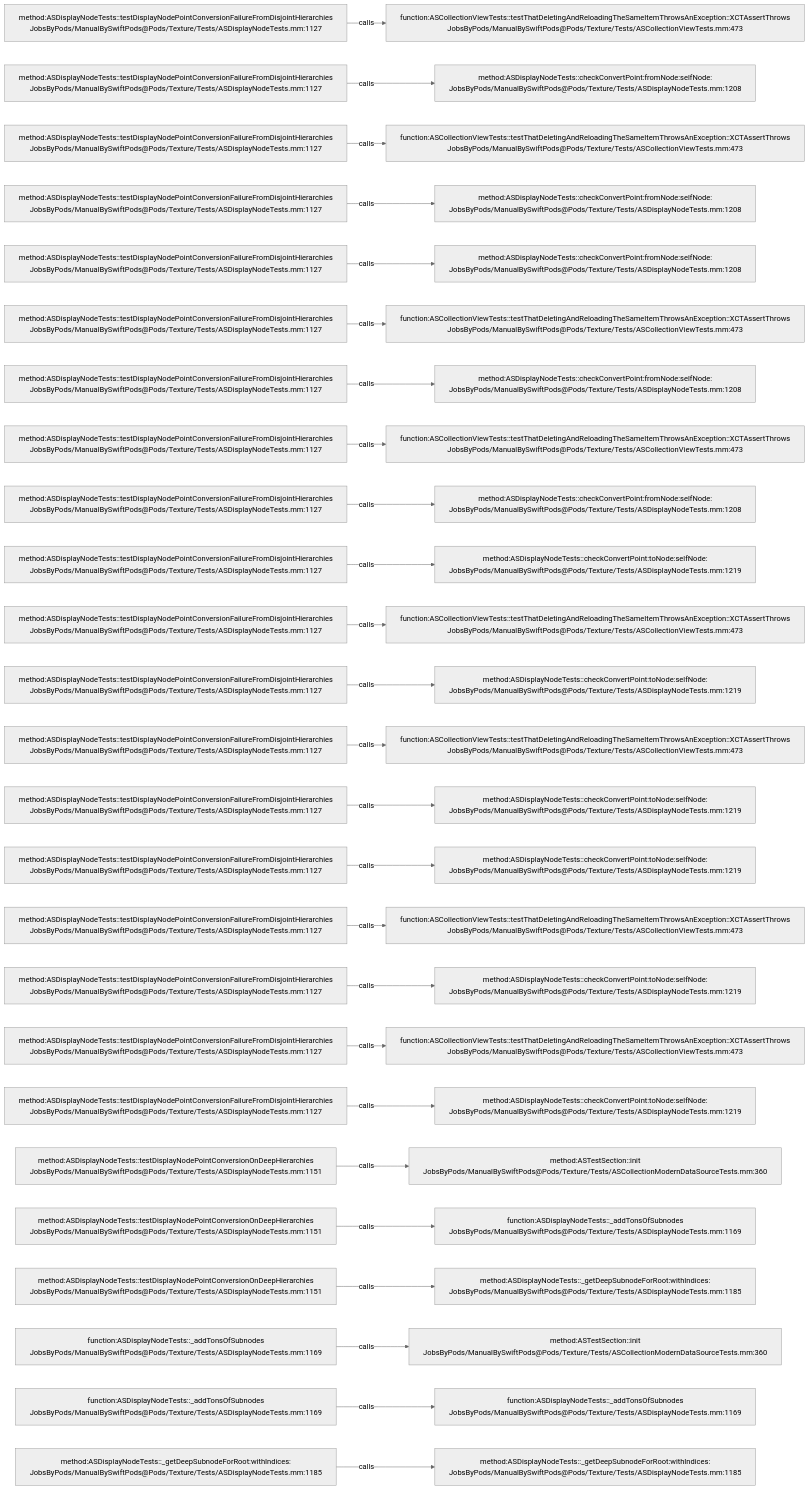
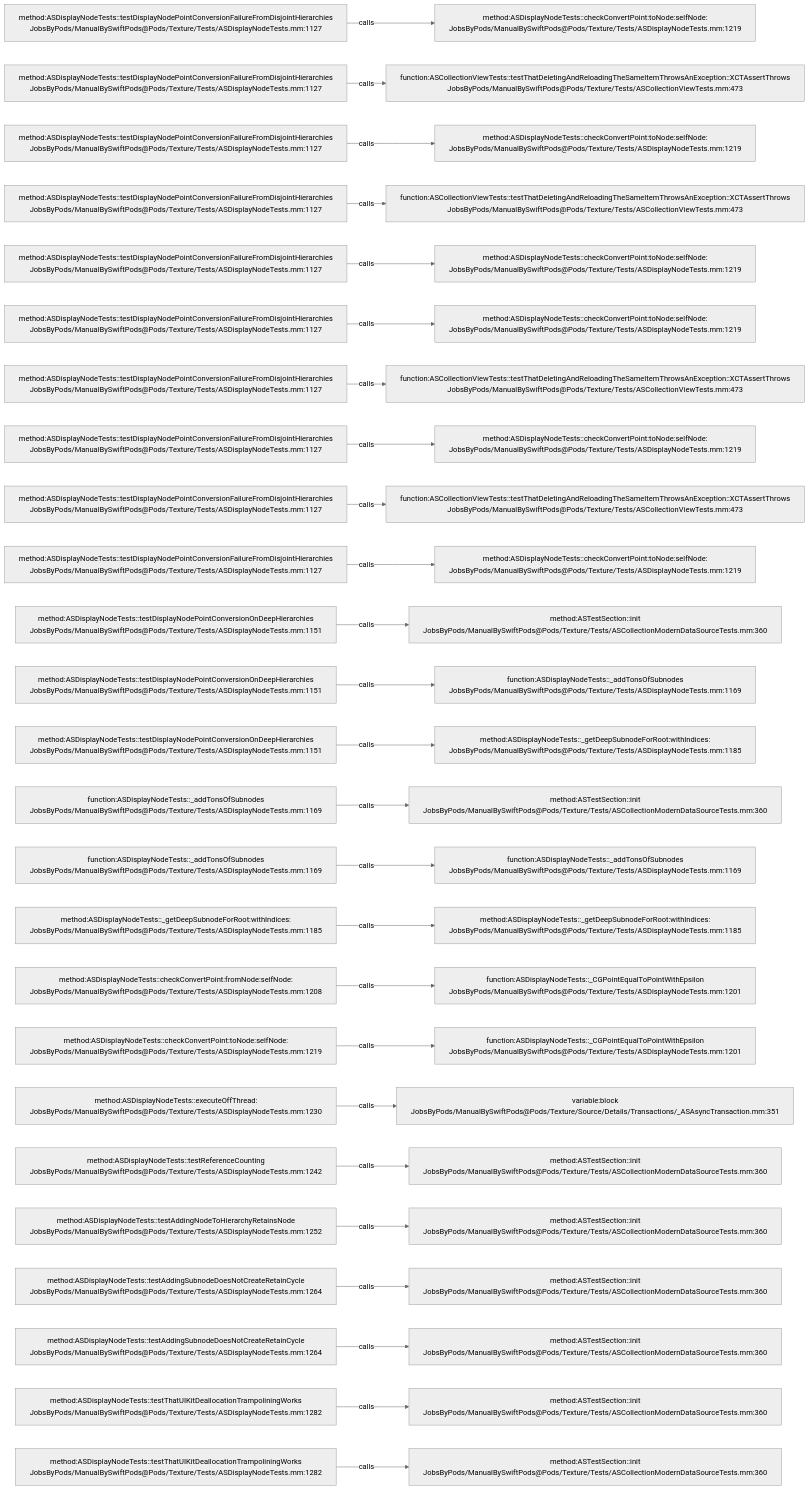
One commit to JobsKits/JobsSwiftBaseConfigDemo changed the diagram in .codegraph/codegraph.md/graphs/calls-191.md. Above: the diagram before and after it, drawn with Mermaid (neutral theme). The commit also changed 707 other files, not shown here.

````diff
--- a/.codegraph/codegraph.md/graphs/calls-191.md
+++ b/.codegraph/codegraph.md/graphs/calls-191.md
@@ -13,78 +13,78 @@
 ```mermaid
 flowchart LR
   S1["method:ASDisplayNodeTests::testDisplayNodePointConversionFailureFromDisjointHierarchies<br/>JobsByPods/ManualBySwiftPods@Pods/Texture/Tests/ASDisplayNodeTests.mm:1127"]
-  T1["function:ASCollectionViewTests::testThatDeletingAndReloadingTheSameItemThrowsAnException::XCTAssertThrows<br/>JobsByPods/ManualBySwiftPods@Pods/Texture/Tests/ASCollectionViewTests.mm:473"]
+  T1["method:ASDisplayNodeTests::checkConvertPoint:toNode:selfNode:<br/>JobsByPods/ManualBySwiftPods@Pods/Texture/Tests/ASDisplayNodeTests.mm:1219"]
   S1 -->|calls| T1
   S2["method:ASDisplayNodeTests::testDisplayNodePointConversionFailureFromDisjointHierarchies<br/>JobsByPods/ManualBySwiftPods@Pods/Texture/Tests/ASDisplayNodeTests.mm:1127"]
-  T2["method:ASDisplayNodeTests::checkConvertPoint:fromNode:selfNode:<br/>JobsByPods/ManualBySwiftPods@Pods/Texture/Tests/ASDisplayNodeTests.mm:1208"]
+  T2["function:ASCollectionViewTests::testThatDeletingAndReloadingTheSameItemThrowsAnException::XCTAssertThrows<br/>JobsByPods/ManualBySwiftPods@Pods/Texture/Tests/ASCollectionViewTests.mm:473"]
   S2 -->|calls| T2
   S3["method:ASDisplayNodeTests::testDisplayNodePointConversionFailureFromDisjointHierarchies<br/>JobsByPods/ManualBySwiftPods@Pods/Texture/Tests/ASDisplayNodeTests.mm:1127"]
-  T3["function:ASCollectionViewTests::testThatDeletingAndReloadingTheSameItemThrowsAnException::XCTAssertThrows<br/>JobsByPods/ManualBySwiftPods@Pods/Texture/Tests/ASCollectionViewTests.mm:473"]
+  T3["method:ASDisplayNodeTests::checkConvertPoint:toNode:selfNode:<br/>JobsByPods/ManualBySwiftPods@Pods/Texture/Tests/ASDisplayNodeTests.mm:1219"]
   S3 -->|calls| T3
   S4["method:ASDisplayNodeTests::testDisplayNodePointConversionFailureFromDisjointHierarchies<br/>JobsByPods/ManualBySwiftPods@Pods/Texture/Tests/ASDisplayNodeTests.mm:1127"]
-  T4["method:ASDisplayNodeTests::checkConvertPoint:fromNode:selfNode:<br/>JobsByPods/ManualBySwiftPods@Pods/Texture/Tests/ASDisplayNodeTests.mm:1208"]
+  T4["function:ASCollectionViewTests::testThatDeletingAndReloadingTheSameItemThrowsAnException::XCTAssertThrows<br/>JobsByPods/ManualBySwiftPods@Pods/Texture/Tests/ASCollectionViewTests.mm:473"]
   S4 -->|calls| T4
   S5["method:ASDisplayNodeTests::testDisplayNodePointConversionFailureFromDisjointHierarchies<br/>JobsByPods/ManualBySwiftPods@Pods/Texture/Tests/ASDisplayNodeTests.mm:1127"]
-  T5["method:ASDisplayNodeTests::checkConvertPoint:fromNode:selfNode:<br/>JobsByPods/ManualBySwiftPods@Pods/Texture/Tests/ASDisplayNodeTests.mm:1208"]
+  T5["method:ASDisplayNodeTests::checkConvertPoint:toNode:selfNode:<br/>JobsByPods/ManualBySwiftPods@Pods/Texture/Tests/ASDisplayNodeTests.mm:1219"]
   S5 -->|calls| T5
   S6["method:ASDisplayNodeTests::testDisplayNodePointConversionFailureFromDisjointHierarchies<br/>JobsByPods/ManualBySwiftPods@Pods/Texture/Tests/ASDisplayNodeTests.mm:1127"]
-  T6["function:ASCollectionViewTests::testThatDeletingAndReloadingTheSameItemThrowsAnException::XCTAssertThrows<br/>JobsByPods/ManualBySwiftPods@Pods/Texture/Tests/ASCollectionViewTests.mm:473"]
+  T6["method:ASDisplayNodeTests::checkConvertPoint:toNode:selfNode:<br/>JobsByPods/ManualBySwiftPods@Pods/Texture/Tests/ASDisplayNodeTests.mm:1219"]
   S6 -->|calls| T6
   S7["method:ASDisplayNodeTests::testDisplayNodePointConversionFailureFromDisjointHierarchies<br/>JobsByPods/ManualBySwiftPods@Pods/Texture/Tests/ASDisplayNodeTests.mm:1127"]
-  T7["method:ASDisplayNodeTests::checkConvertPoint:fromNode:selfNode:<br/>JobsByPods/ManualBySwiftPods@Pods/Texture/Tests/ASDisplayNodeTests.mm:1208"]
+  T7["function:ASCollectionViewTests::testThatDeletingAndReloadingTheSameItemThrowsAnException::XCTAssertThrows<br/>JobsByPods/ManualBySwiftPods@Pods/Texture/Tests/ASCollectionViewTests.mm:473"]
   S7 -->|calls| T7
   S8["method:ASDisplayNodeTests::testDisplayNodePointConversionFailureFromDisjointHierarchies<br/>JobsByPods/ManualBySwiftPods@Pods/Texture/Tests/ASDisplayNodeTests.mm:1127"]
-  T8["function:ASCollectionViewTests::testThatDeletingAndReloadingTheSameItemThrowsAnException::XCTAssertThrows<br/>JobsByPods/ManualBySwiftPods@Pods/Texture/Tests/ASCollectionViewTests.mm:473"]
+  T8["method:ASDisplayNodeTests::checkConvertPoint:toNode:selfNode:<br/>JobsByPods/ManualBySwiftPods@Pods/Texture/Tests/ASDisplayNodeTests.mm:1219"]
   S8 -->|calls| T8
   S9["method:ASDisplayNodeTests::testDisplayNodePointConversionFailureFromDisjointHierarchies<br/>JobsByPods/ManualBySwiftPods@Pods/Texture/Tests/ASDisplayNodeTests.mm:1127"]
-  T9["method:ASDisplayNodeTests::checkConvertPoint:fromNode:selfNode:<br/>JobsByPods/ManualBySwiftPods@Pods/Texture/Tests/ASDisplayNodeTests.mm:1208"]
+  T9["function:ASCollectionViewTests::testThatDeletingAndReloadingTheSameItemThrowsAnException::XCTAssertThrows<br/>JobsByPods/ManualBySwiftPods@Pods/Texture/Tests/ASCollectionViewTests.mm:473"]
   S9 -->|calls| T9
   S10["method:ASDisplayNodeTests::testDisplayNodePointConversionFailureFromDisjointHierarchies<br/>JobsByPods/ManualBySwiftPods@Pods/Texture/Tests/ASDisplayNodeTests.mm:1127"]
   T10["method:ASDisplayNodeTests::checkConvertPoint:toNode:selfNode:<br/>JobsByPods/ManualBySwiftPods@Pods/Texture/Tests/ASDisplayNodeTests.mm:1219"]
   S10 -->|calls| T10
-  S11["method:ASDisplayNodeTests::testDisplayNodePointConversionFailureFromDisjointHierarchies<br/>JobsByPods/ManualBySwiftPods@Pods/Texture/Tests/ASDisplayNodeTests.mm:1127"]
-  T11["function:ASCollectionViewTests::testThatDeletingAndReloadingTheSameItemThrowsAnException::XCTAssertThrows<br/>JobsByPods/ManualBySwiftPods@Pods/Texture/Tests/ASCollectionViewTests.mm:473"]
+  S11["method:ASDisplayNodeTests::testDisplayNodePointConversionOnDeepHierarchies<br/>JobsByPods/ManualBySwiftPods@Pods/Texture/Tests/ASDisplayNodeTests.mm:1151"]
+  T11["method:ASTestSection::init<br/>JobsByPods/ManualBySwiftPods@Pods/Texture/Tests/ASCollectionModernDataSourceTests.mm:360"]
   S11 -->|calls| T11
-  S12["method:ASDisplayNodeTests::testDisplayNodePointConversionFailureFromDisjointHierarchies<br/>JobsByPods/ManualBySwiftPods@Pods/Texture/Tests/ASDisplayNodeTests.mm:1127"]
-  T12["method:ASDisplayNodeTests::checkConvertPoint:toNode:selfNode:<br/>JobsByPods/ManualBySwiftPods@Pods/Texture/Tests/ASDisplayNodeTests.mm:1219"]
+  S12["method:ASDisplayNodeTests::testDisplayNodePointConversionOnDeepHierarchies<br/>JobsByPods/ManualBySwiftPods@Pods/Texture/Tests/ASDisplayNodeTests.mm:1151"]
+  T12["function:ASDisplayNodeTests::_addTonsOfSubnodes<br/>JobsByPods/ManualBySwiftPods@Pods/Texture/Tests/ASDisplayNodeTests.mm:1169"]
   S12 -->|calls| T12
-  S13["method:ASDisplayNodeTests::testDisplayNodePointConversionFailureFromDisjointHierarchies<br/>JobsByPods/ManualBySwiftPods@Pods/Texture/Tests/ASDisplayNodeTests.mm:1127"]
-  T13["function:ASCollectionViewTests::testThatDeletingAndReloadingTheSameItemThrowsAnException::XCTAssertThrows<br/>JobsByPods/ManualBySwiftPods@Pods/Texture/Tests/ASCollectionViewTests.mm:473"]
+  S13["method:ASDisplayNodeTests::testDisplayNodePointConversionOnDeepHierarchies<br/>JobsByPods/ManualBySwiftPods@Pods/Texture/Tests/ASDisplayNodeTests.mm:1151"]
+  T13["method:ASDisplayNodeTests::_getDeepSubnodeForRoot:withIndices:<br/>JobsByPods/ManualBySwiftPods@Pods/Texture/Tests/ASDisplayNodeTests.mm:1185"]
   S13 -->|calls| T13
-  S14["method:ASDisplayNodeTests::testDisplayNodePointConversionFailureFromDisjointHierarchies<br/>JobsByPods/ManualBySwiftPods@Pods/Texture/Tests/ASDisplayNodeTests.mm:1127"]
-  T14["method:ASDisplayNodeTests::checkConvertPoint:toNode:selfNode:<br/>JobsByPods/ManualBySwiftPods@Pods/Texture/Tests/ASDisplayNodeTests.mm:1219"]
+  S14["function:ASDisplayNodeTests::_addTonsOfSubnodes<br/>JobsByPods/ManualBySwiftPods@Pods/Texture/Tests/ASDisplayNodeTests.mm:1169"]
+  T14["method:ASTestSection::init<br/>JobsByPods/ManualBySwiftPods@Pods/Texture/Tests/ASCollectionModernDataSourceTests.mm:360"]
   S14 -->|calls| T14
-  S15["method:ASDisplayNodeTests::testDisplayNodePointConversionFailureFromDisjointHierarchies<br/>JobsByPods/ManualBySwiftPods@Pods/Texture/Tests/ASDisplayNodeTests.mm:1127"]
-  T15["method:ASDisplayNodeTests::checkConvertPoint:toNode:selfNode:<br/>JobsByPods/ManualBySwiftPods@Pods/Texture/Tests/ASDisplayNodeTests.mm:1219"]
+  S15["function:ASDisplayNodeTests::_addTonsOfSubnodes<br/>JobsByPods/ManualBySwiftPods@Pods/Texture/Tests/ASDisplayNodeTests.mm:1169"]
+  T15["function:ASDisplayNodeTests::_addTonsOfSubnodes<br/>JobsByPods/ManualBySwiftPods@Pods/Texture/Tests/ASDisplayNodeTests.mm:1169"]
   S15 -->|calls| T15
-  S16["method:ASDisplayNodeTests::testDisplayNodePointConversionFailureFromDisjointHierarchies<br/>JobsByPods/ManualBySwiftPods@Pods/Texture/Tests/ASDisplayNodeTests.mm:1127"]
-  T16["function:ASCollectionViewTests::testThatDeletingAndReloadingTheSameItemThrowsAnException::XCTAssertThrows<br/>JobsByPods/ManualBySwiftPods@Pods/Texture/Tests/ASCollectionViewTests.mm:473"]
+  S16["method:ASDisplayNodeTests::_getDeepSubnodeForRoot:withIndices:<br/>JobsByPods/ManualBySwiftPods@Pods/Texture/Tests/ASDisplayNodeTests.mm:1185"]
+  T16["method:ASDisplayNodeTests::_getDeepSubnodeForRoot:withIndices:<br/>JobsByPods/ManualBySwiftPods@Pods/Texture/Tests/ASDisplayNodeTests.mm:1185"]
   S16 -->|calls| T16
-  S17["method:ASDisplayNodeTests::testDisplayNodePointConversionFailureFromDisjointHierarchies<br/>JobsByPods/ManualBySwiftPods@Pods/Texture/Tests/ASDisplayNodeTests.mm:1127"]
-  T17["method:ASDisplayNodeTests::checkConvertPoint:toNode:selfNode:<br/>JobsByPods/ManualBySwiftPods@Pods/Texture/Tests/ASDisplayNodeTests.mm:1219"]
+  S17["method:ASDisplayNodeTests::checkConvertPoint:fromNode:selfNode:<br/>JobsByPods/ManualBySwiftPods@Pods/Texture/Tests/ASDisplayNodeTests.mm:1208"]
+  T17["function:ASDisplayNodeTests::_CGPointEqualToPointWithEpsilon<br/>JobsByPods/ManualBySwiftPods@Pods/Texture/Tests/ASDisplayNodeTests.mm:1201"]
   S17 -->|calls| T17
-  S18["method:ASDisplayNodeTests::testDisplayNodePointConversionFailureFromDisjointHierarchies<br/>JobsByPods/ManualBySwiftPods@Pods/Texture/Tests/ASDisplayNodeTests.mm:1127"]
-  T18["function:ASCollectionViewTests::testThatDeletingAndReloadingTheSameItemThrowsAnException::XCTAssertThrows<br/>JobsByPods/ManualBySwiftPods@Pods/Texture/Tests/ASCollectionViewTests.mm:473"]
+  S18["method:ASDisplayNodeTests::checkConvertPoint:toNode:selfNode:<br/>JobsByPods/ManualBySwiftPods@Pods/Texture/Tests/ASDisplayNodeTests.mm:1219"]
+  T18["function:ASDisplayNodeTests::_CGPointEqualToPointWithEpsilon<br/>JobsByPods/ManualBySwiftPods@Pods/Texture/Tests/ASDisplayNodeTests.mm:1201"]
   S18 -->|calls| T18
-  S19["method:ASDisplayNodeTests::testDisplayNodePointConversionFailureFromDisjointHierarchies<br/>JobsByPods/ManualBySwiftPods@Pods/Texture/Tests/ASDisplayNodeTests.mm:1127"]
-  T19["method:ASDisplayNodeTests::checkConvertPoint:toNode:selfNode:<br/>JobsByPods/ManualBySwiftPods@Pods/Texture/Tests/ASDisplayNodeTests.mm:1219"]
+  S19["method:ASDisplayNodeTests::executeOffThread:<br/>JobsByPods/ManualBySwiftPods@Pods/Texture/Tests/ASDisplayNodeTests.mm:1230"]
+  T19["variable:block<br/>JobsByPods/ManualBySwiftPods@Pods/Texture/Source/Details/Transactions/_ASAsyncTransaction.mm:351"]
   S19 -->|calls| T19
-  S20["method:ASDisplayNodeTests::testDisplayNodePointConversionOnDeepHierarchies<br/>JobsByPods/ManualBySwiftPods@Pods/Texture/Tests/ASDisplayNodeTests.mm:1151"]
+  S20["method:ASDisplayNodeTests::testReferenceCounting<br/>JobsByPods/ManualBySwiftPods@Pods/Texture/Tests/ASDisplayNodeTests.mm:1242"]
   T20["method:ASTestSection::init<br/>JobsByPods/ManualBySwiftPods@Pods/Texture/Tests/ASCollectionModernDataSourceTests.mm:360"]
   S20 -->|calls| T20
-  S21["method:ASDisplayNodeTests::testDisplayNodePointConversionOnDeepHierarchies<br/>JobsByPods/ManualBySwiftPods@Pods/Texture/Tests/ASDisplayNodeTests.mm:1151"]
-  T21["function:ASDisplayNodeTests::_addTonsOfSubnodes<br/>JobsByPods/ManualBySwiftPods@Pods/Texture/Tests/ASDisplayNodeTests.mm:1169"]
+  S21["method:ASDisplayNodeTests::testAddingNodeToHierarchyRetainsNode<br/>JobsByPods/ManualBySwiftPods@Pods/Texture/Tests/ASDisplayNodeTests.mm:1252"]
+  T21["method:ASTestSection::init<br/>JobsByPods/ManualBySwiftPods@Pods/Texture/Tests/ASCollectionModernDataSourceTests.mm:360"]
   S21 -->|calls| T21
-  S22["method:ASDisplayNodeTests::testDisplayNodePointConversionOnDeepHierarchies<br/>JobsByPods/ManualBySwiftPods@Pods/Texture/Tests/ASDisplayNodeTests.mm:1151"]
-  T22["method:ASDisplayNodeTests::_getDeepSubnodeForRoot:withIndices:<br/>JobsByPods/ManualBySwiftPods@Pods/Texture/Tests/ASDisplayNodeTests.mm:1185"]
+  S22["method:ASDisplayNodeTests::testAddingSubnodeDoesNotCreateRetainCycle<br/>JobsByPods/ManualBySwiftPods@Pods/Texture/Tests/ASDisplayNodeTests.mm:1264"]
+  T22["method:ASTestSection::init<br/>JobsByPods/ManualBySwiftPods@Pods/Texture/Tests/ASCollectionModernDataSourceTests.mm:360"]
   S22 -->|calls| T22
-  S23["function:ASDisplayNodeTests::_addTonsOfSubnodes<br/>JobsByPods/ManualBySwiftPods@Pods/Texture/Tests/ASDisplayNodeTests.mm:1169"]
+  S23["method:ASDisplayNodeTests::testAddingSubnodeDoesNotCreateRetainCycle<br/>JobsByPods/ManualBySwiftPods@Pods/Texture/Tests/ASDisplayNodeTests.mm:1264"]
   T23["method:ASTestSection::init<br/>JobsByPods/ManualBySwiftPods@Pods/Texture/Tests/ASCollectionModernDataSourceTests.mm:360"]
   S23 -->|calls| T23
-  S24["function:ASDisplayNodeTests::_addTonsOfSubnodes<br/>JobsByPods/ManualBySwiftPods@Pods/Texture/Tests/ASDisplayNodeTests.mm:1169"]
-  T24["function:ASDisplayNodeTests::_addTonsOfSubnodes<br/>JobsByPods/ManualBySwiftPods@Pods/Texture/Tests/ASDisplayNodeTests.mm:1169"]
+  S24["method:ASDisplayNodeTests::testThatUIKitDeallocationTrampoliningWorks<br/>JobsByPods/ManualBySwiftPods@Pods/Texture/Tests/ASDisplayNodeTests.mm:1282"]
+  T24["method:ASTestSection::init<br/>JobsByPods/ManualBySwiftPods@Pods/Texture/Tests/ASCollectionModernDataSourceTests.mm:360"]
   S24 -->|calls| T24
-  S25["method:ASDisplayNodeTests::_getDeepSubnodeForRoot:withIndices:<br/>JobsByPods/ManualBySwiftPods@Pods/Texture/Tests/ASDisplayNodeTests.mm:1185"]
-  T25["method:ASDisplayNodeTests::_getDeepSubnodeForRoot:withIndices:<br/>JobsByPods/ManualBySwiftPods@Pods/Texture/Tests/ASDisplayNodeTests.mm:1185"]
+  S25["method:ASDisplayNodeTests::testThatUIKitDeallocationTrampoliningWorks<br/>JobsByPods/ManualBySwiftPods@Pods/Texture/Tests/ASDisplayNodeTests.mm:1282"]
+  T25["method:ASTestSection::init<br/>JobsByPods/ManualBySwiftPods@Pods/Texture/Tests/ASCollectionModernDataSourceTests.mm:360"]
   S25 -->|calls| T25
 ```
````
